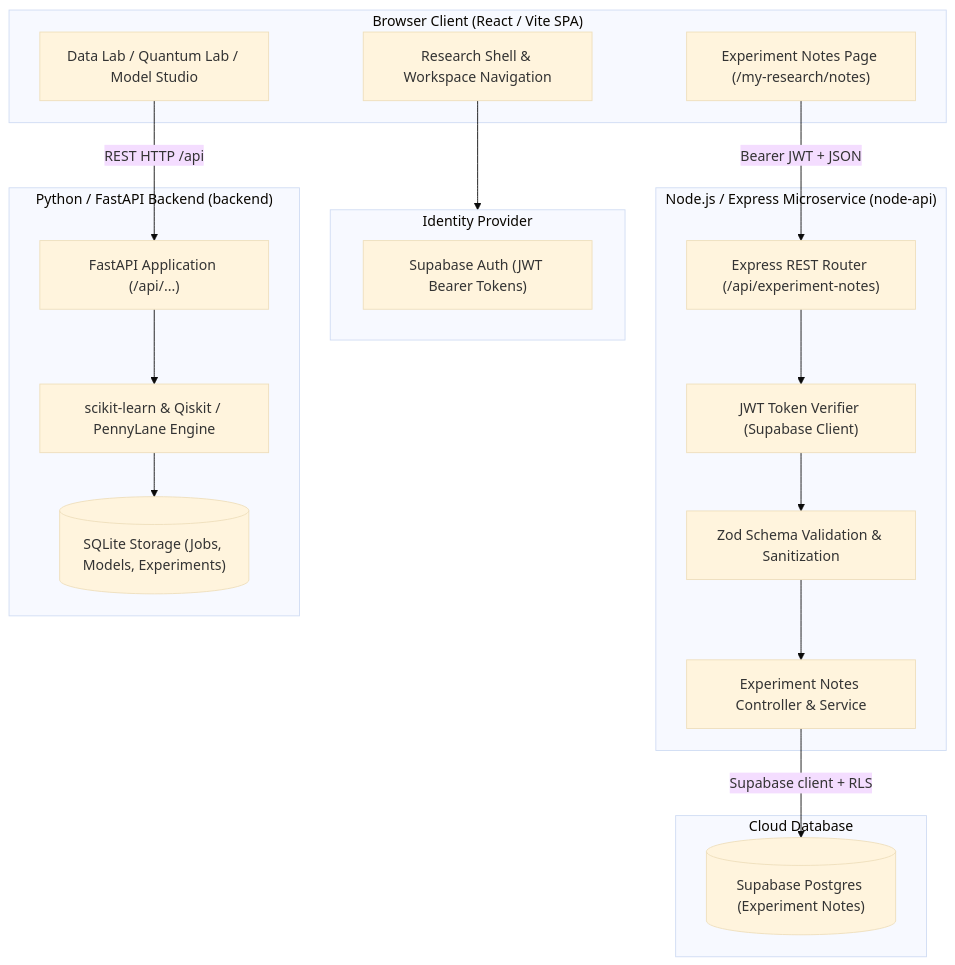
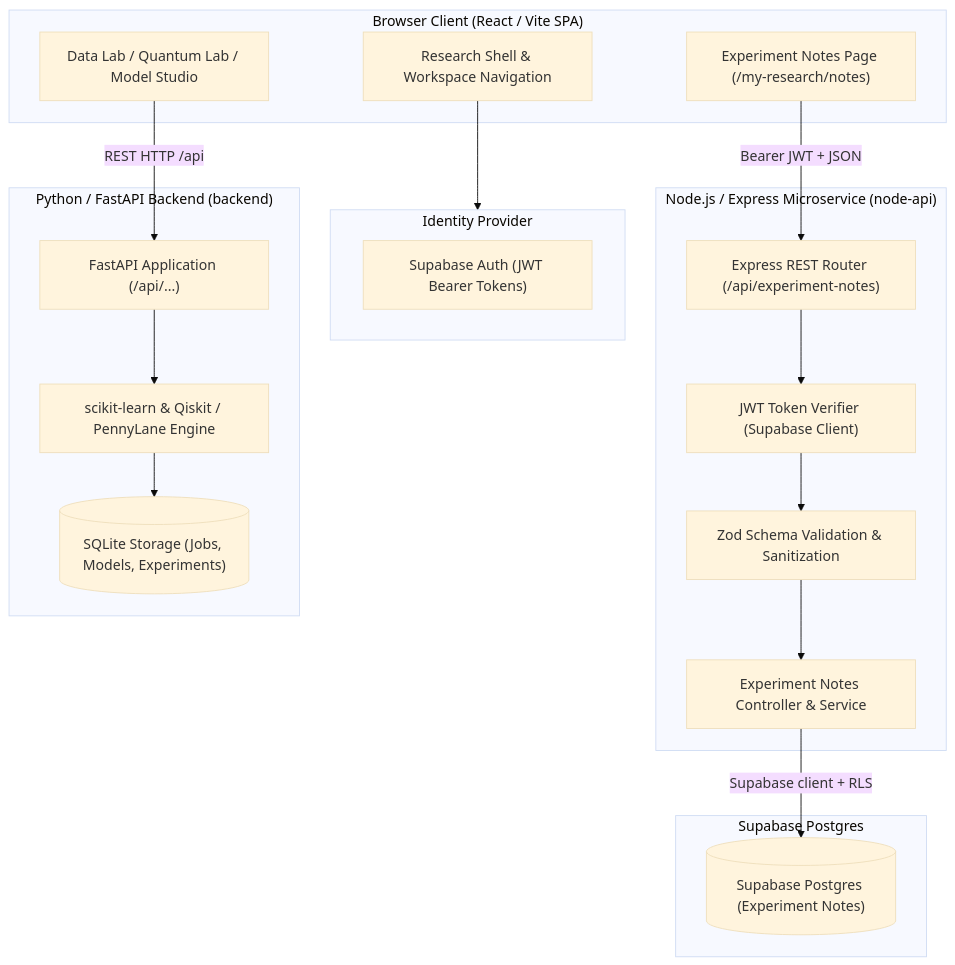
Before and after one commit to Itzx-kush/web-dev-entangle: the diagram in README.md, drawn with Mermaid (base theme).

Commit message:
Clarify Supabase database in architecture diagram

````diff
--- a/README.md
+++ b/README.md
@@ -78,41 +78,41 @@
 ```mermaid
 flowchart TD
     subgraph Client["Browser Client (React / Vite SPA)"]
         UI["Research Shell & Workspace Navigation"]
         NotesPage["Experiment Notes Page (/my-research/notes)"]
         ResearchLabs["Data Lab / Quantum Lab / Model Studio"]
     end
 
     subgraph Identity["Identity Provider"]
         Supabase["Supabase Auth (JWT Bearer Tokens)"]
     end
 
     subgraph NodeService["Node.js / Express Microservice (node-api)"]
         ExpressRouter["Express REST Router (/api/experiment-notes)"]
         AuthMiddleware["JWT Token Verifier (Supabase Client)"]
         ZodValidator["Zod Schema Validation & Sanitization"]
         NotesController["Experiment Notes Controller & Service"]
     end
 
     subgraph PythonService["Python / FastAPI Backend (backend)"]
         FastApiRouter["FastAPI Application (/api/...)"]
         MlEngine["scikit-learn & Qiskit / PennyLane Engine"]
         SqliteStore[("SQLite Storage (Jobs, Models, Experiments)")]
     end
 
-    subgraph MongoCloud["Cloud Database"]
+    subgraph SupabaseCloud["Supabase Postgres"]
         NotesDB[("Supabase Postgres (Experiment Notes)")]
     end
 
     UI --> Identity
     NotesPage -- "Bearer JWT + JSON" --> ExpressRouter
     ResearchLabs -- "REST HTTP /api" --> FastApiRouter
 
     ExpressRouter --> AuthMiddleware
     AuthMiddleware --> ZodValidator
     ZodValidator --> NotesController
     NotesController -- "Supabase client + RLS" --> NotesDB
 
     FastApiRouter --> MlEngine
     MlEngine --> SqliteStore
 ```
````
